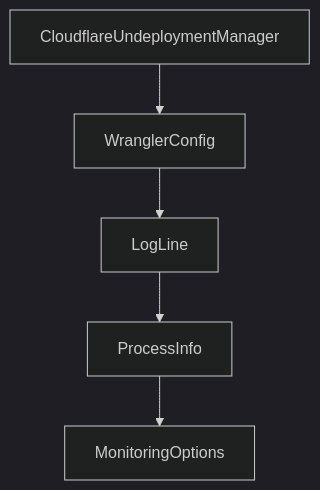
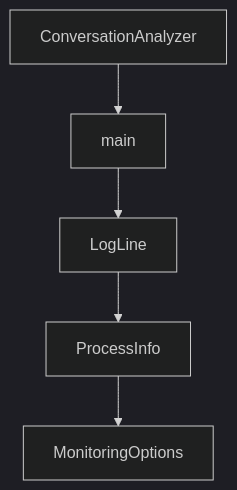
The diagram in tutorials/vibesdk-tutorial/07-security-auth-and-governance.md (johnxie/awesome-code-docs), drawn with Mermaid (dark theme) before and after one commit. The commit also changed other lines of this file and 1232 other files, not shown here.

````diff
--- a/tutorials/vibesdk-tutorial/07-security-auth-and-governance.md
+++ b/tutorials/vibesdk-tutorial/07-security-auth-and-governance.md
@@ -249,12 +247,12 @@
 ```mermaid
 flowchart TD
-    A[CloudflareUndeploymentManager]
-    B[WranglerConfig]
+    A[ConversationAnalyzer]
+    B[main]
     C[LogLine]
     D[ProcessInfo]
     E[MonitoringOptions]
     A --> B
     B --> C
     C --> D
     D --> E
 ```
````
